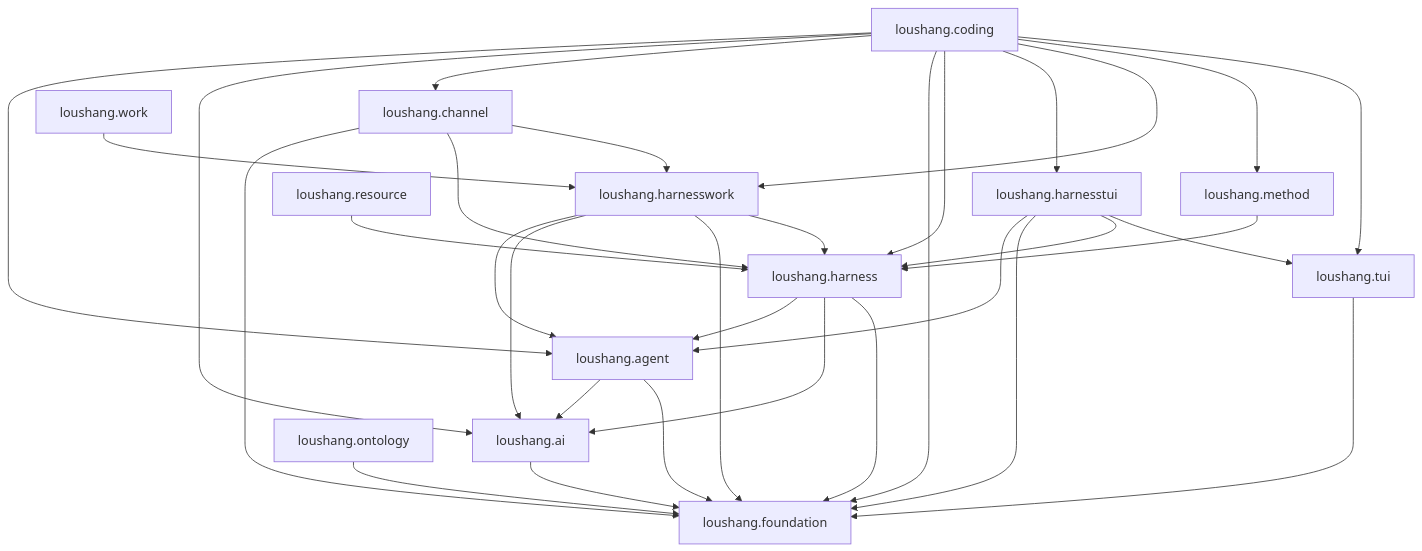
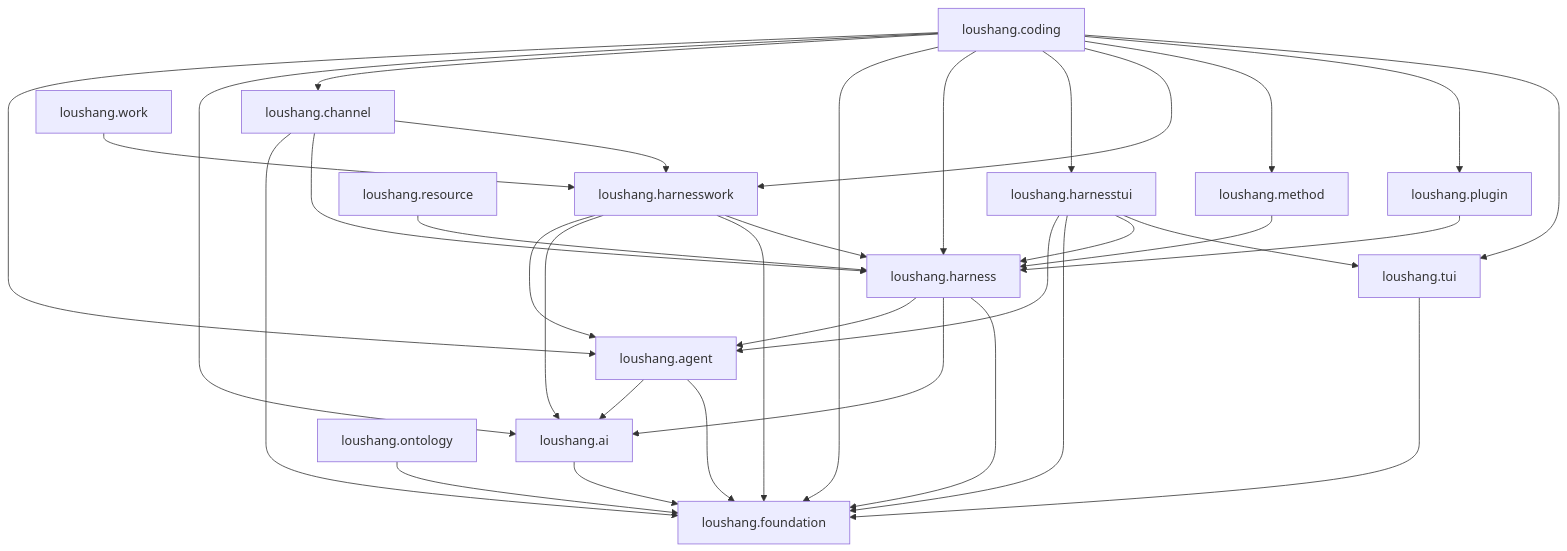
One commit to zhnt/loushang changed the diagram in docs/internals/architecture/generated/current-package-dependencies.md. Above: the diagram before and after it, drawn with Mermaid. The commit also changed other lines of this file and 28 other files, not shown here.

````diff
--- a/docs/internals/architecture/generated/current-package-dependencies.md
+++ b/docs/internals/architecture/generated/current-package-dependencies.md
@@ -27,48 +27,51 @@
 ```mermaid
 graph TD
     PKG_AGENT["loushang.agent"]
     PKG_AI["loushang.ai"]
     PKG_CHANNEL["loushang.channel"]
     PKG_CODING["loushang.coding"]
     PKG_FOUNDATION["loushang.foundation"]
     PKG_HARNESS["loushang.harness"]
     PKG_HARNESSTUI["loushang.harnesstui"]
     PKG_HARNESSWORK["loushang.harnesswork"]
     PKG_METHOD["loushang.method"]
     PKG_ONTOLOGY["loushang.ontology"]
+    PKG_PLUGIN["loushang.plugin"]
     PKG_RESOURCE["loushang.resource"]
     PKG_TUI["loushang.tui"]
     PKG_WORK["loushang.work"]
 
     PKG_AGENT --> PKG_AI
     PKG_AGENT --> PKG_FOUNDATION
     PKG_AI --> PKG_FOUNDATION
     PKG_CHANNEL --> PKG_FOUNDATION
     PKG_CHANNEL --> PKG_HARNESS
     PKG_CHANNEL --> PKG_HARNESSWORK
     PKG_CODING --> PKG_AGENT
     PKG_CODING --> PKG_AI
     PKG_CODING --> PKG_CHANNEL
     PKG_CODING --> PKG_FOUNDATION
     PKG_CODING --> PKG_HARNESS
     PKG_CODING --> PKG_HARNESSTUI
     PKG_CODING --> PKG_HARNESSWORK
     PKG_CODING --> PKG_METHOD
+    PKG_CODING --> PKG_PLUGIN
     PKG_CODING --> PKG_TUI
     PKG_HARNESS --> PKG_AGENT
     PKG_HARNESS --> PKG_AI
     PKG_HARNESS --> PKG_FOUNDATION
     PKG_HARNESSTUI --> PKG_AGENT
     PKG_HARNESSTUI --> PKG_FOUNDATION
     PKG_HARNESSTUI --> PKG_HARNESS
     PKG_HARNESSTUI --> PKG_TUI
     PKG_HARNESSWORK --> PKG_AGENT
     PKG_HARNESSWORK --> PKG_AI
     PKG_HARNESSWORK --> PKG_FOUNDATION
     PKG_HARNESSWORK --> PKG_HARNESS
     PKG_METHOD --> PKG_HARNESS
     PKG_ONTOLOGY --> PKG_FOUNDATION
+    PKG_PLUGIN --> PKG_HARNESS
     PKG_RESOURCE --> PKG_HARNESS
     PKG_TUI --> PKG_FOUNDATION
     PKG_WORK --> PKG_HARNESSWORK
 ```
````
